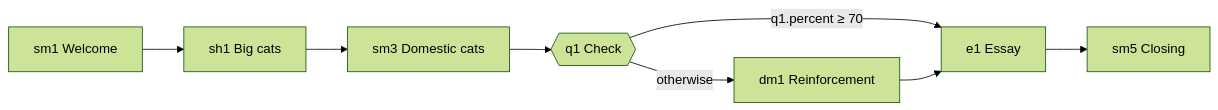
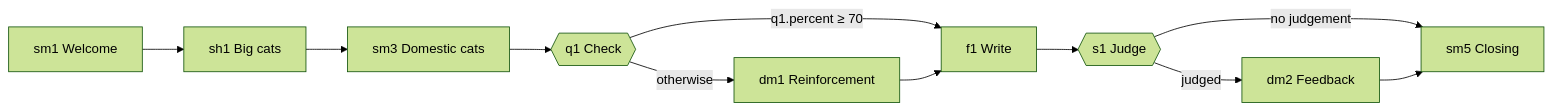
The second of 3 diagrams in samples/samples.README.md (mgarlabx/edukors_graph), drawn with Mermaid (forest theme) before and after one commit. The commit also changed other lines of this file and 37 other files, not shown here.

````diff
--- a/samples/samples.README.md
+++ b/samples/samples.README.md
@@ -52,8 +52,11 @@
 ```mermaid
 flowchart LR
     sm1[sm1 Welcome] --> sh1[sh1 Big cats] --> sm3[sm3 Domestic cats] --> q1{{q1 Check}}
-    q1 -->|q1.percent ≥ 70| e1[e1 Essay]
+    q1 -->|q1.percent ≥ 70| f1[f1 Write]
     q1 -->|otherwise| dm1[dm1 Reinforcement]
-    dm1 --> e1
-    e1 --> sm5[sm5 Closing]
+    dm1 --> f1
+    f1 --> s1{{s1 Judge}}
+    s1 -->|judged| dm2[dm2 Feedback]
+    s1 -->|no judgement| sm5[sm5 Closing]
+    dm2 --> sm5
 ```
````
